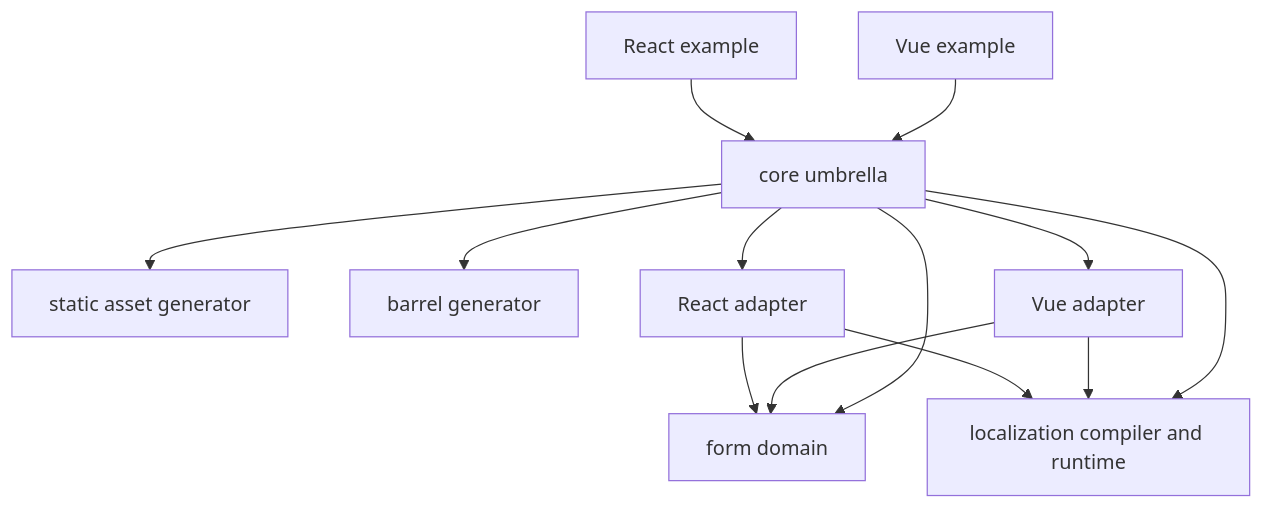
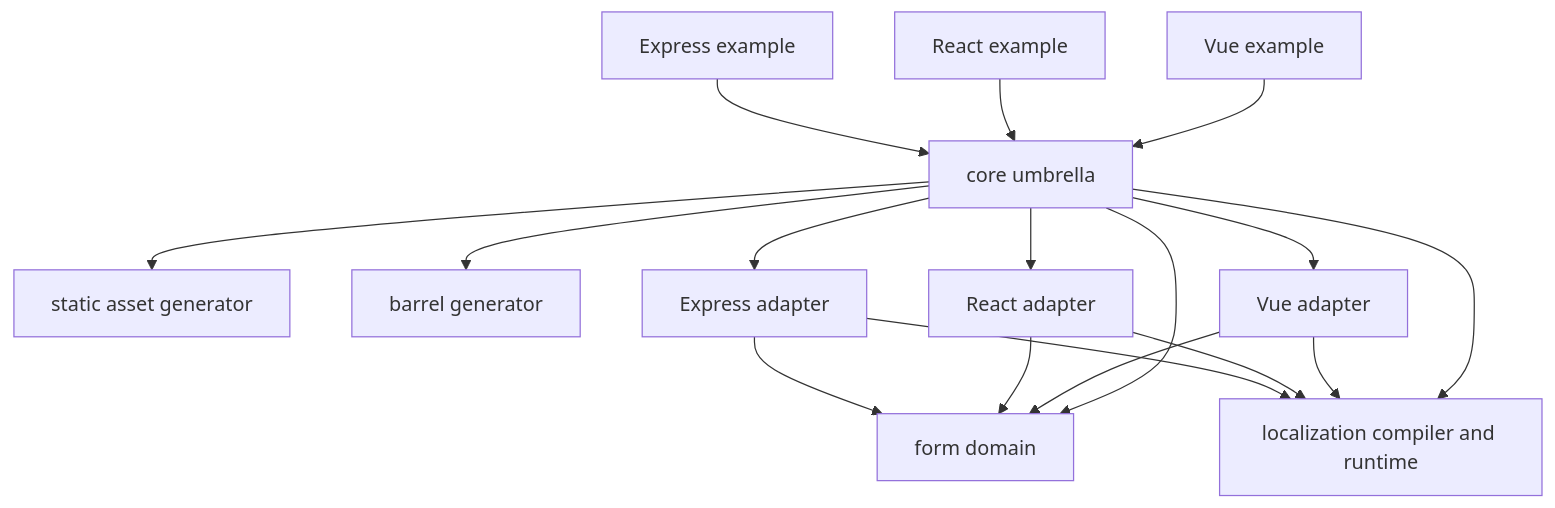
One commit to alpinnz/valfuse-node changed the diagram in docs/architecture.md. Above: the diagram before and after it, drawn with Mermaid. The commit also changed other lines of this file and 23 other files, not shown here.

Commit message:
docs(form): clarify shared schema validation for APIs

````diff
--- a/docs/architecture.md
+++ b/docs/architecture.md
@@ -24,25 +27,31 @@
 ```mermaid
 flowchart TD
   form[form domain]
   assets[static asset generator]
   barrel[barrel generator]
   localization[localization compiler and runtime]
+  express[Express adapter]
   react[React adapter]
   vue[Vue adapter]
   core[core umbrella]
+  expressExample[Express example]
   reactExample[React example]
   vueExample[Vue example]
 
+  express --> form
+  express --> localization
   react --> form
   react --> localization
   vue --> form
   vue --> localization
   core --> form
   core --> localization
   core --> assets
   core --> barrel
+  core --> express
   core --> react
   core --> vue
+  expressExample --> core
   reactExample --> core
   vueExample --> core
 ```
````
